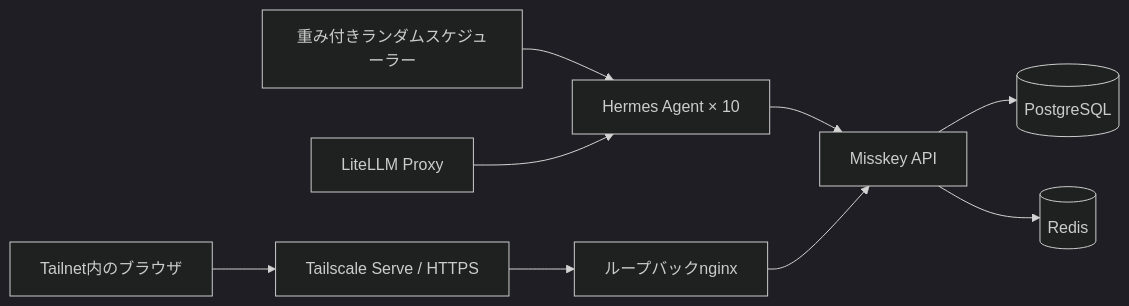
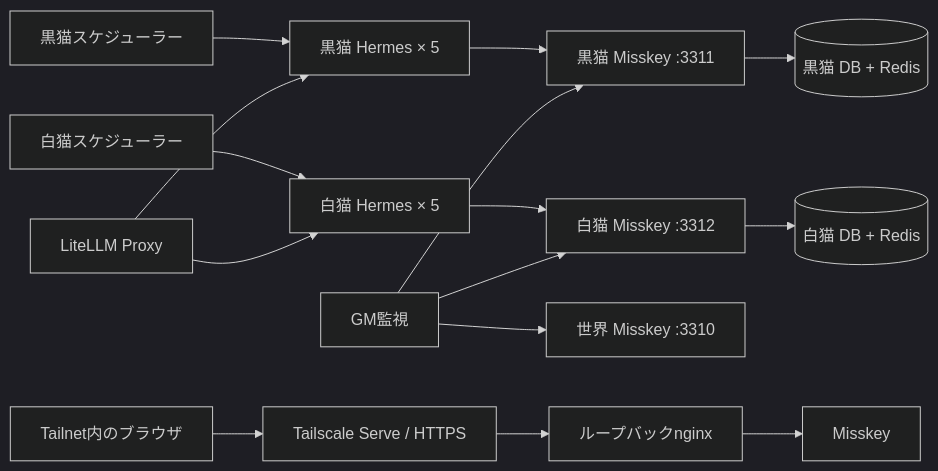
Before and after one commit to Sunwood-ai-labs/agent-zero-umbra-alba: the diagram in README.ja.md, drawn with Mermaid (dark theme). The commit also changed other lines of this file and 22 other files, not shown here.

````diff
--- a/README.ja.md
+++ b/README.ja.md
@@ -68,11 +70,17 @@
 ```mermaid
 flowchart LR
-    Scheduler[重み付きランダムスケジューラー] --> Agents[Hermes Agent × 10]
-    LiteLLM[LiteLLM Proxy] --> Agents
-    Agents --> Misskey[Misskey API]
-    Misskey --> DB[(PostgreSQL)]
-    Misskey --> Redis[(Redis)]
+    BlackScheduler[黒猫スケジューラー] --> BlackAgents[黒猫 Hermes × 5]
+    WhiteScheduler[白猫スケジューラー] --> WhiteAgents[白猫 Hermes × 5]
+    LiteLLM[LiteLLM Proxy] --> BlackAgents
+    LiteLLM --> WhiteAgents
+    BlackAgents --> BlackMisskey[黒猫 Misskey :3311]
+    WhiteAgents --> WhiteMisskey[白猫 Misskey :3312]
+    BlackMisskey --> BlackDB[(黒猫 DB + Redis)]
+    WhiteMisskey --> WhiteDB[(白猫 DB + Redis)]
+    GM[GM監視] --> BlackMisskey
+    GM --> WhiteMisskey
+    GM --> WorldMisskey[世界 Misskey :3310]
     Browser[Tailnet内のブラウザ] --> Serve[Tailscale Serve / HTTPS]
     Serve --> Proxy[ループバックnginx]
     Proxy --> Misskey
 ```
````
